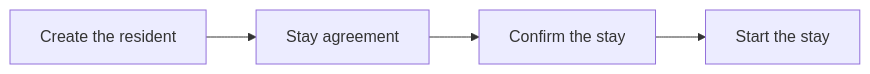
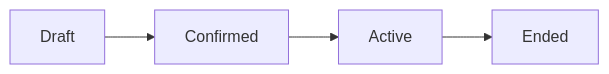
One commit to lplg-europe/resthome-documentation changed the diagram in content/residents/gerer-un-resident.md. Above: the diagram before and after it, drawn with Mermaid. The commit also changed other lines of this file and 861 other files, not shown here.

````diff
--- a/content/residents/gerer-un-resident.md
+++ b/content/residents/gerer-un-resident.md
@@ -30,6 +142,6 @@
 ```mermaid
 graph LR
-  A[Create the resident] --> B[Stay agreement]
-  B --> C[Confirm the stay]
-  C --> D[Start the stay]
+  A[Draft] --> B[Confirmed]
+  B --> C[Active]
+  C --> D[Ended]
 ```
````
